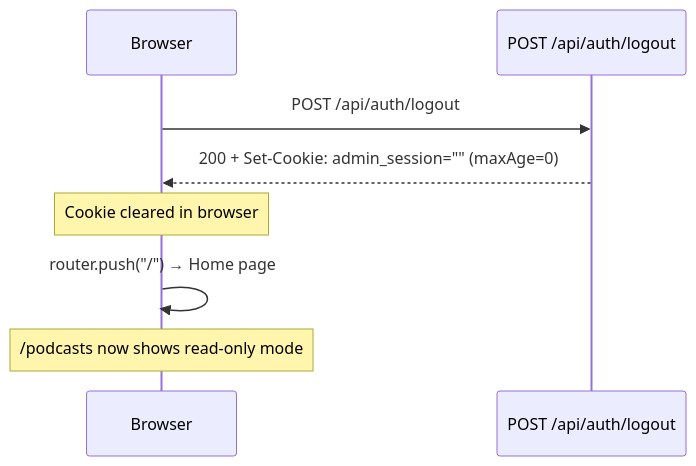
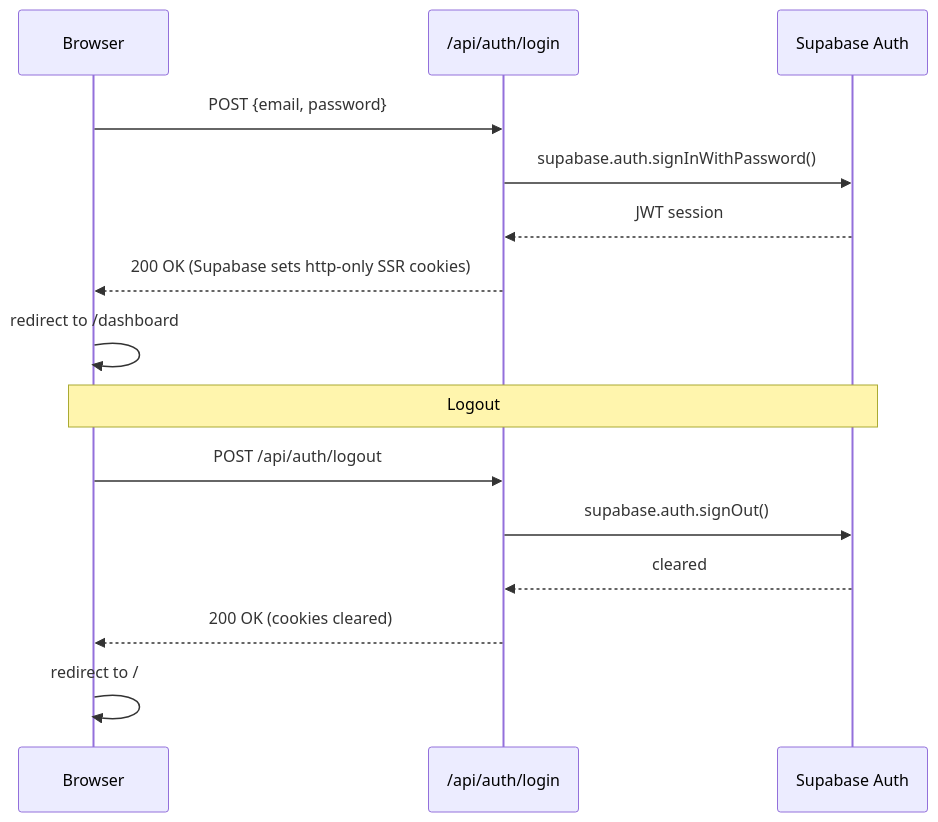
The fifth of 8 diagrams in docs/request-workflow.md (vtghub/PodcastsSummarizer), drawn with Mermaid before and after one commit. The commit also changed other lines of this file and 3 other files, not shown here.

First line of the commit message:
docs: update architecture and workflow diagrams post-PR #31-33

````diff
--- a/docs/request-workflow.md
+++ b/docs/request-workflow.md
@@ -130,11 +132,19 @@
 ```mermaid
 sequenceDiagram
     participant B as Browser
-    participant LA as POST /api/auth/logout
+    participant API as /api/auth/login
+    participant SB as Supabase Auth
 
-    B->>LA: POST /api/auth/logout
-    LA-->>B: 200 + Set-Cookie: admin_session="" (maxAge=0)
-    Note over B: Cookie cleared in browser
-    B->>B: router.push("/") → Home page
-    Note over B: /podcasts now shows read-only mode
+    B->>API: POST {email, password}
+    API->>SB: supabase.auth.signInWithPassword()
+    SB-->>API: JWT session
+    API-->>B: 200 OK (Supabase sets http-only SSR cookies)
+    B->>B: redirect to /dashboard
+
+    Note over B,SB: Logout
+    B->>API: POST /api/auth/logout
+    API->>SB: supabase.auth.signOut()
+    SB-->>API: cleared
+    API-->>B: 200 OK (cookies cleared)
+    B->>B: redirect to /
 ```
````
